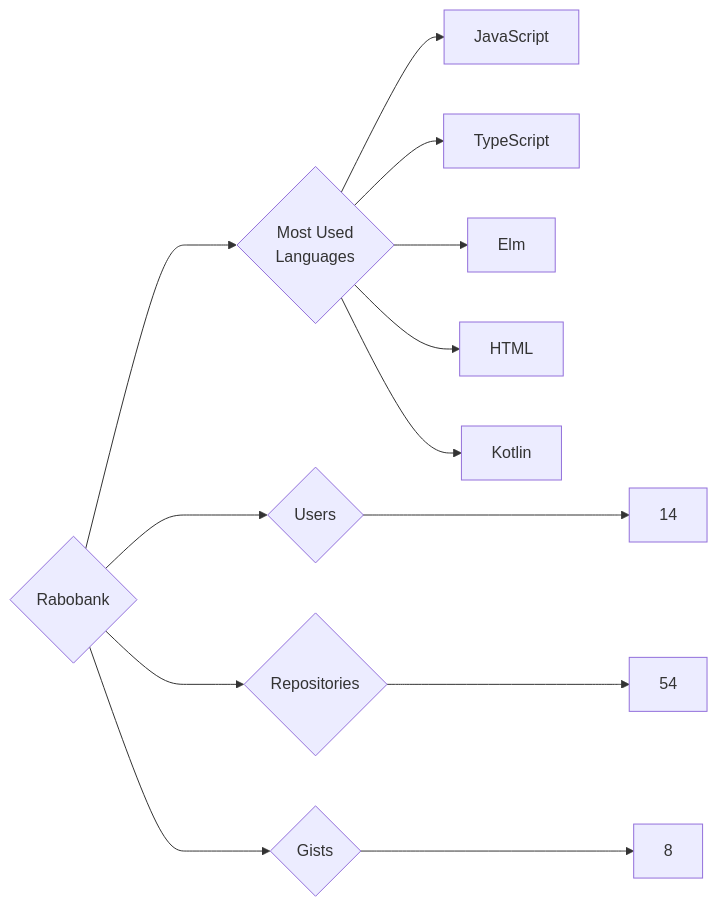
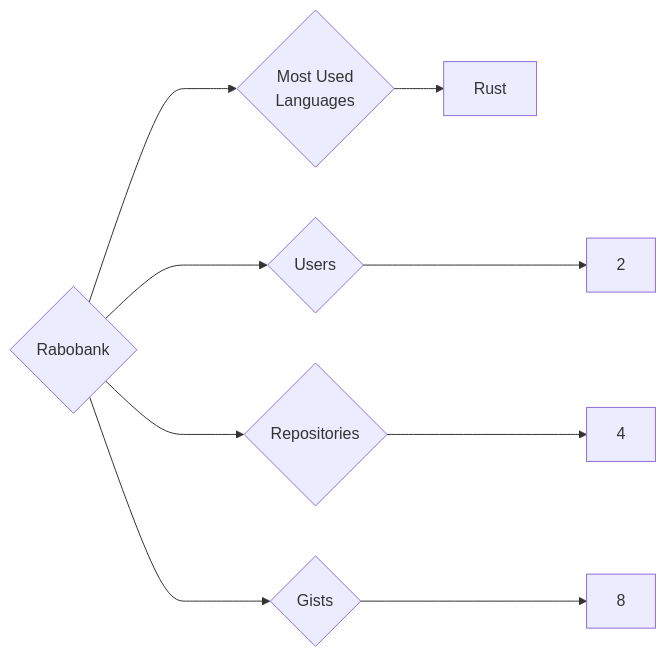
The diagram in targets/Rabobank/README.md (trickest/insiders), drawn with Mermaid before and after one commit. The commit also changed 871 other files, not shown here.

````diff
--- a/targets/Rabobank/README.md
+++ b/targets/Rabobank/README.md
@@ -3,13 +3,9 @@
 ```mermaid
 graph LR
 COMPANY_NAME{Rabobank}
-COMPANY_NAME ---> U{Users} ---> UN[14]
-COMPANY_NAME ---> R{Repositories} ---> RN[54]
+COMPANY_NAME ---> U{Users} ---> UN[2]
+COMPANY_NAME ---> R{Repositories} ---> RN[4]
 COMPANY_NAME ---> G{Gists} ---> GN[8]
 COMPANY_NAME ---> ML{Most Used<br>Languages}
-ML --> JavaScript[JavaScript]
-ML --> TypeScript[TypeScript]
-ML --> Elm[Elm]
-ML --> HTML[HTML]
-ML --> Kotlin[Kotlin]
+ML --> Rust[Rust]
 ```
````
